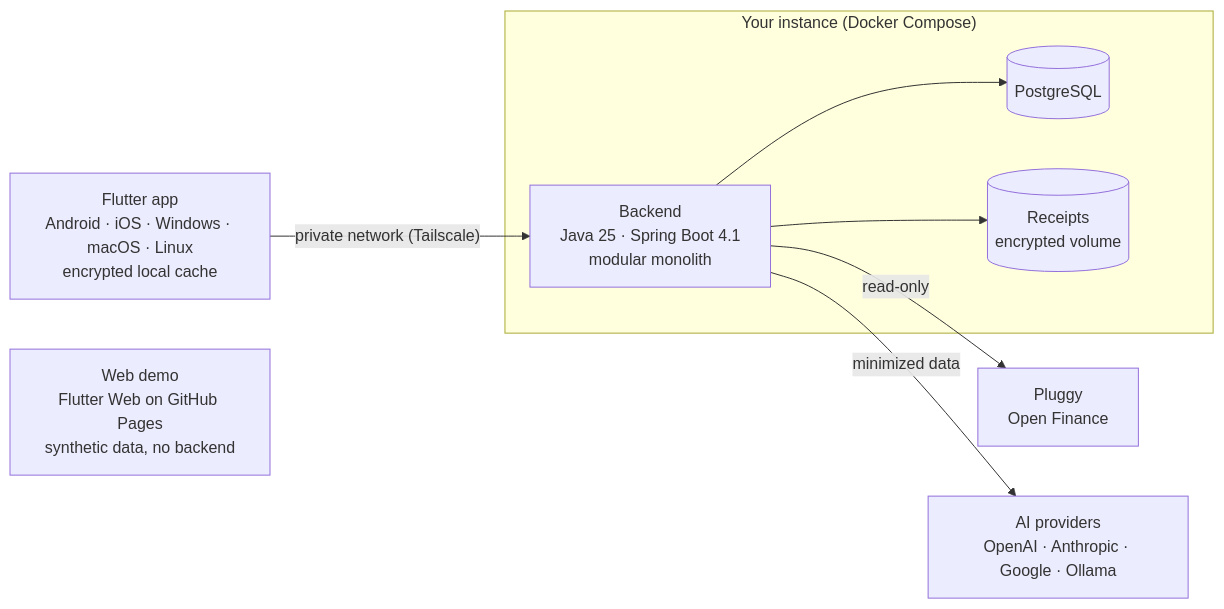
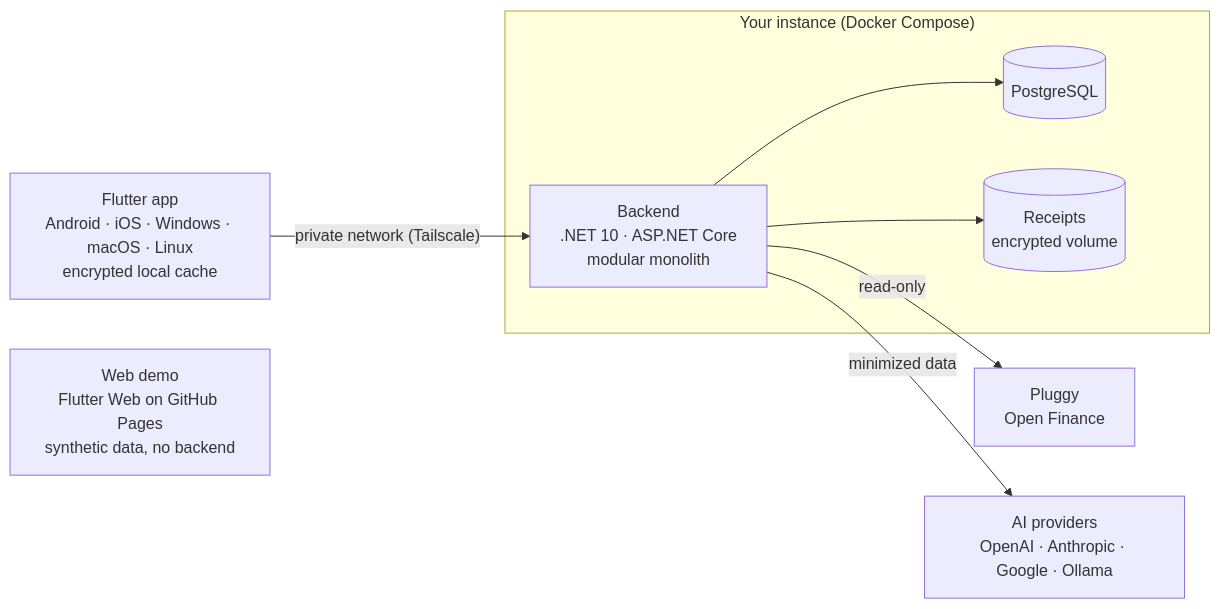
The diagram in README.en.md (igorgmassi/granapaca), drawn with Mermaid before and after one commit. The commit also changed other lines of this file and 7 other files, not shown here.

First line of the commit message:
docs: switch backend stack from Java/Spring to .NET 10 with Dapper and DbUp (#1)

````diff
--- a/README.en.md
+++ b/README.en.md
@@ -52,20 +52,20 @@
 ```mermaid
 flowchart LR
   app["Flutter app<br/>Android · iOS · Windows · macOS · Linux<br/>encrypted local cache"]
   demo["Web demo<br/>Flutter Web on GitHub Pages<br/>synthetic data, no backend"]
 
   subgraph instance["Your instance (Docker Compose)"]
-    api["Backend<br/>Java 25 · Spring Boot 4.1<br/>modular monolith"]
+    api["Backend<br/>.NET 10 · ASP.NET Core<br/>modular monolith"]
     db[("PostgreSQL")]
     files[("Receipts<br/>encrypted volume")]
   end
 
   pluggy["Pluggy<br/>Open Finance"]
   ai["AI providers<br/>OpenAI · Anthropic · Google · Ollama"]
 
   app -- "private network (Tailscale)" --> api
   api --> db
   api --> files
   api -- "read-only" --> pluggy
   api -- "minimized data" --> ai
 ```
````
